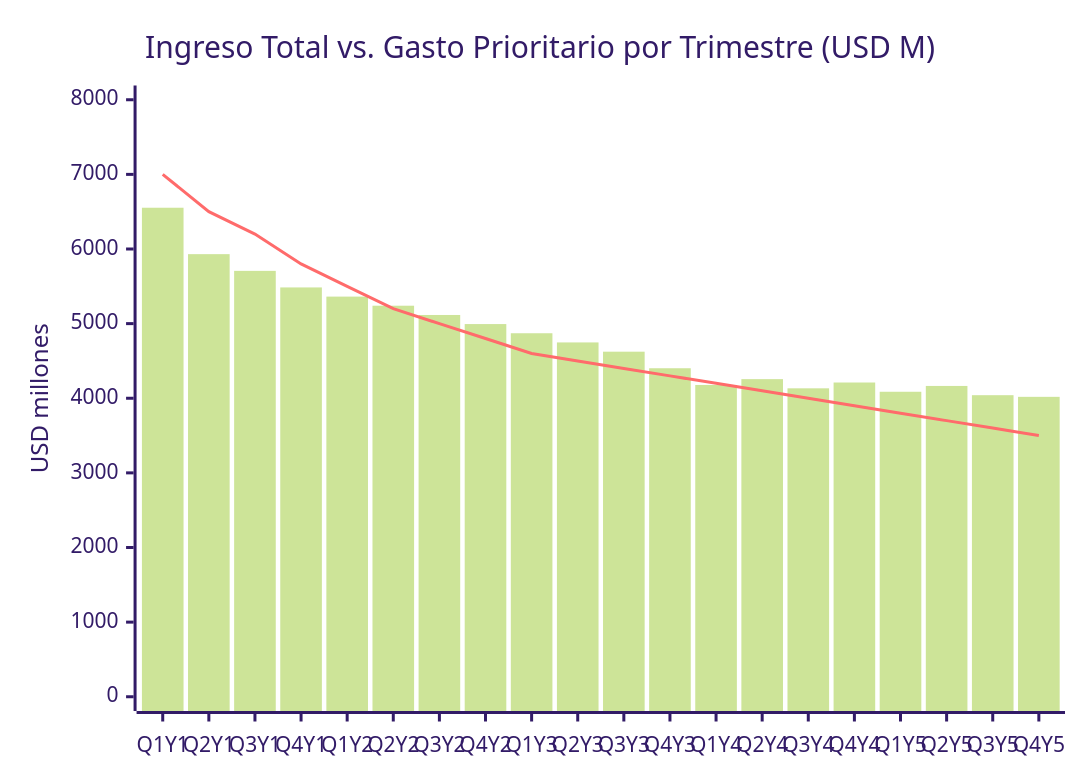
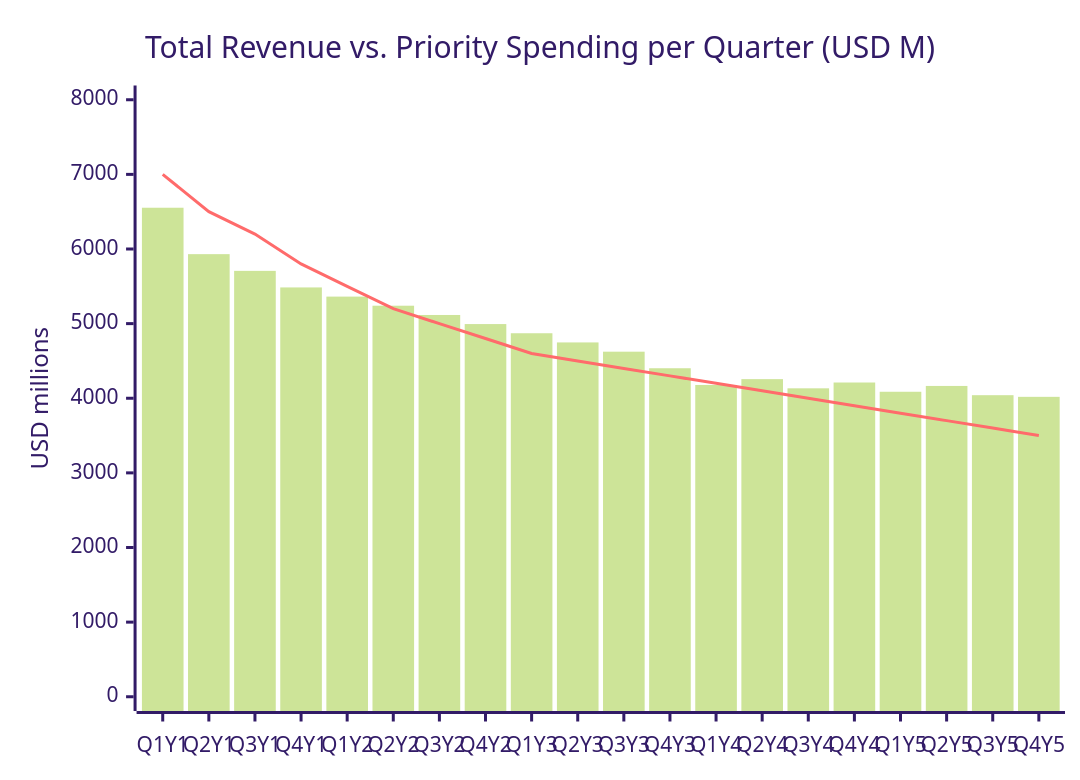
Before and after one commit to Venezuela-S-A/venezuela-sa: the first of 2 diagrams in i18n/en/docusaurus-plugin-content-docs/current/02-motor-financiero/cashflow-20-trimestres.md, drawn with Mermaid (forest theme). The commit also changed other lines of this file and 127 other files, not shown here.

````diff
--- a/i18n/en/docusaurus-plugin-content-docs/current/02-motor-financiero/cashflow-20-trimestres.md
+++ b/i18n/en/docusaurus-plugin-content-docs/current/02-motor-financiero/cashflow-20-trimestres.md
@@ -121,8 +121,8 @@
 ```mermaid
 xychart-beta
-    title "Ingreso Total vs. Gasto Prioritario por Trimestre (USD M)"
+    title "Total Revenue vs. Priority Spending per Quarter (USD M)"
     x-axis ["Q1Y1","Q2Y1","Q3Y1","Q4Y1","Q1Y2","Q2Y2","Q3Y2","Q4Y2","Q1Y3","Q2Y3","Q3Y3","Q4Y3","Q1Y4","Q2Y4","Q3Y4","Q4Y4","Q1Y5","Q2Y5","Q3Y5","Q4Y5"]
-    y-axis "USD millones" 0 --> 8000
+    y-axis "USD millions" 0 --> 8000
     bar [6553,5931,5707,5485,5362,5240,5116,4994,4871,4748,4624,4402,4178,4256,4133,4211,4087,4165,4041,4019]
     line [7000,6500,6200,5800,5500,5200,5000,4800,4600,4500,4400,4300,4200,4100,4000,3900,3800,3700,3600,3500]
 ```
````
